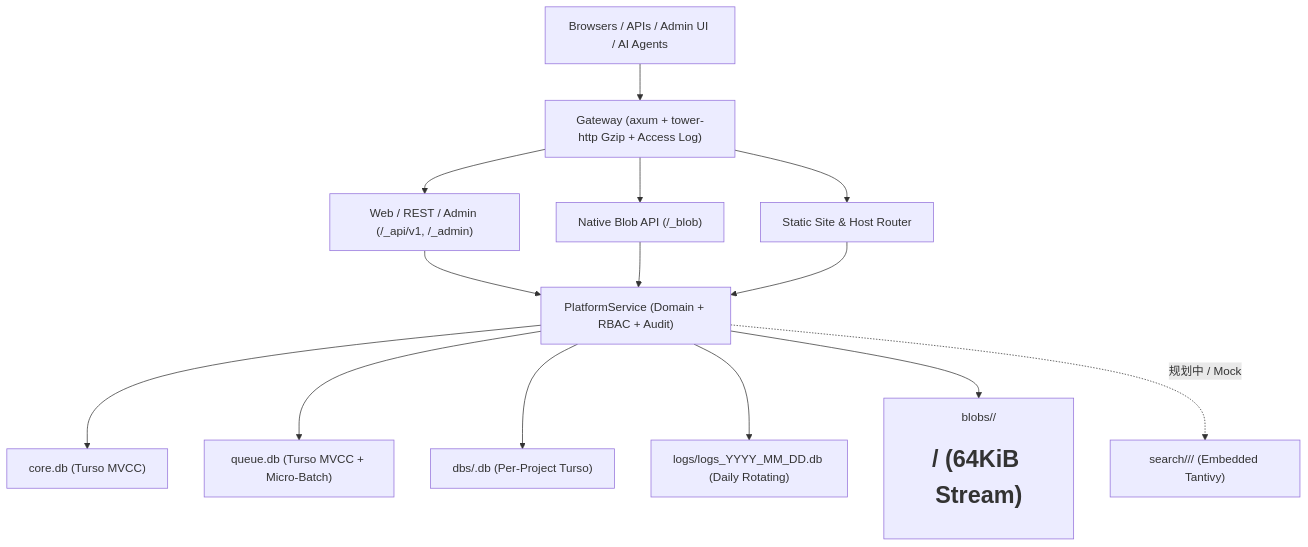
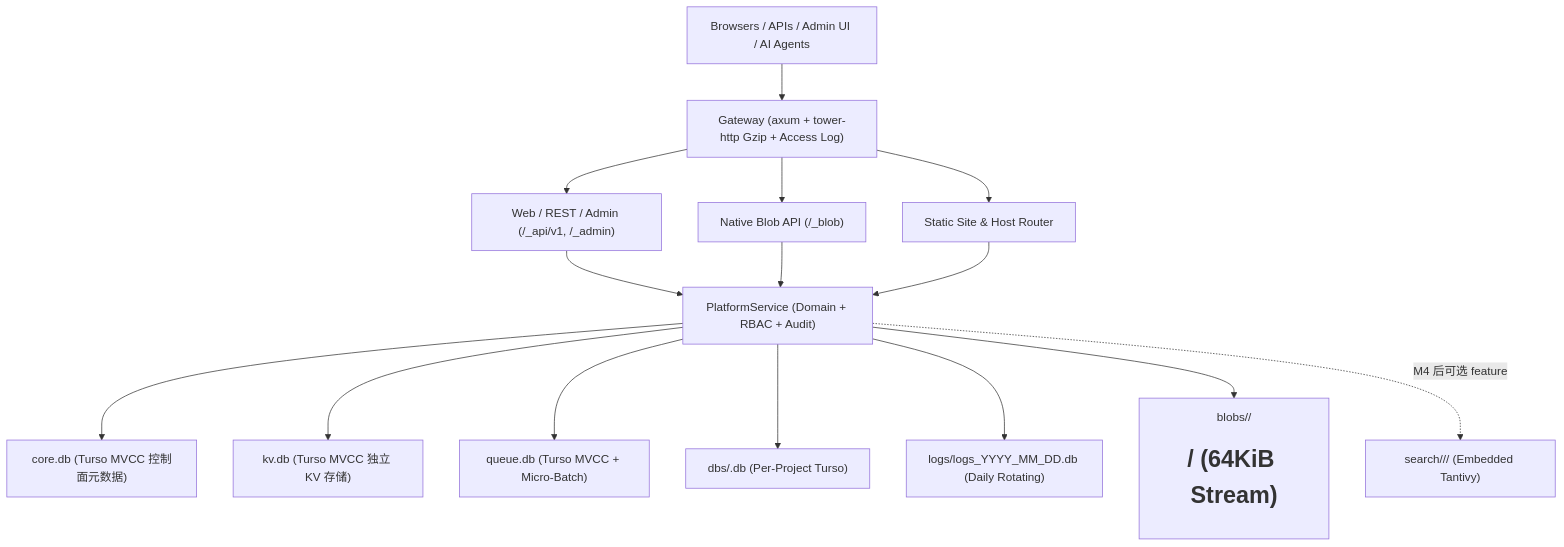
The diagram in docs/PRODUCT_DEV_DOC.md (ferropod/ferropod), drawn with Mermaid before and after one commit. The commit also changed other lines of this file and 5 other files, not shown here.

Commit message:
feat(panel,docs): connect live runtime invoke, default logs to live mode, and update M2/M3 roadmap docs

````diff
--- a/docs/PRODUCT_DEV_DOC.md
+++ b/docs/PRODUCT_DEV_DOC.md
@@ -22,16 +22,17 @@
 ```mermaid
 flowchart TD
   Client["Browsers / APIs / Admin UI / AI Agents"] --> GW["Gateway (axum + tower-http Gzip + Access Log)"]
   GW --> Web["Web / REST / Admin (/_api/v1, /_admin)"]
   GW --> Blob["Native Blob API (/_blob)"]
   GW --> Static["Static Site & Host Router"]
   Web --> Svc["PlatformService (Domain + RBAC + Audit)"]
   Blob --> Svc
   Static --> Svc
-  Svc --> CoreDB["core.db (Turso MVCC)"]
+  Svc --> CoreDB["core.db (Turso MVCC 控制面元数据)"]
+  Svc --> KvDB["kv.db (Turso MVCC 独立 KV 存储)"]
   Svc --> QueueDB["queue.db (Turso MVCC + Micro-Batch)"]
   Svc --> UserDB["dbs/<id>.db (Per-Project Turso)"]
   Svc --> LogDB["logs/logs_YYYY_MM_DD.db (Daily Rotating)"]
   Svc --> BlobFS["blobs/<h0>/<h1>/<sha256> (64KiB Stream)"]
-  Svc -. "规划中 / Mock" .-> SearchFS["search/<proj>/<idx>/ (Embedded Tantivy)"]
+  Svc -. "M4 后可选 feature" .-> SearchFS["search/<proj>/<idx>/ (Embedded Tantivy)"]
 ```
````
